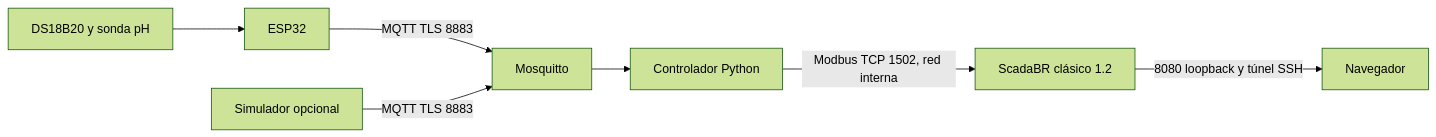
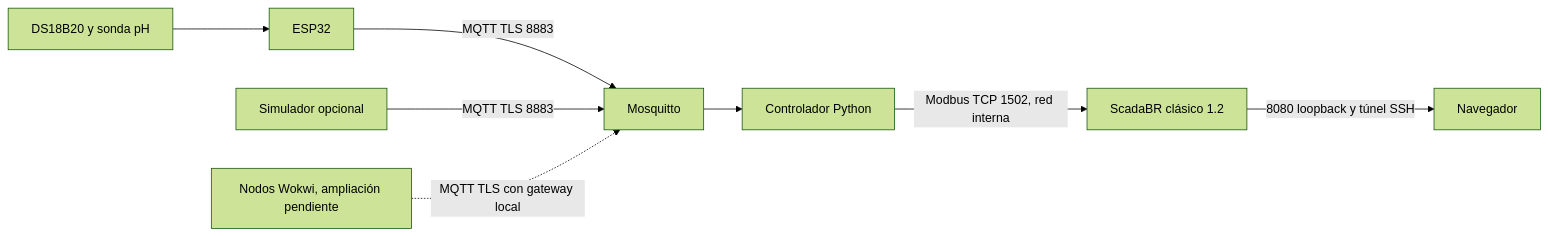
The diagram in docs/architecture.md (juandf03/Ciberfisicos_Project), drawn with Mermaid (forest theme) before and after one commit. The commit also changed other lines of this file and 5 other files, not shown here.

Commit message:
Document Debian VM deployment, physical ESP32 and Wokwi roadmap

````diff
--- a/docs/architecture.md
+++ b/docs/architecture.md
@@ -3,9 +3,10 @@
 ```mermaid
 flowchart LR
   Sensors[DS18B20 y sonda pH] --> ESP[ESP32]
   ESP -->|MQTT TLS 8883| Broker[Mosquitto]
   Sim[Simulador opcional] -->|MQTT TLS 8883| Broker
+  Wokwi[Nodos Wokwi, ampliación pendiente] -. MQTT TLS con gateway local .-> Broker
   Broker --> Gateway[Controlador Python]
   Gateway -->|Modbus TCP 1502, red interna| SCADA[ScadaBR clásico 1.2]
   SCADA -->|8080 loopback y túnel SSH| User[Navegador]
 ```
````
